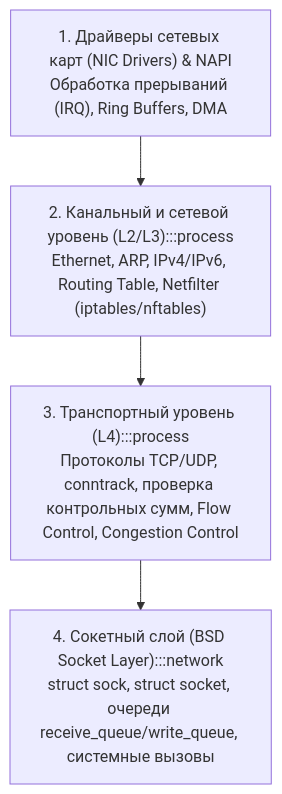
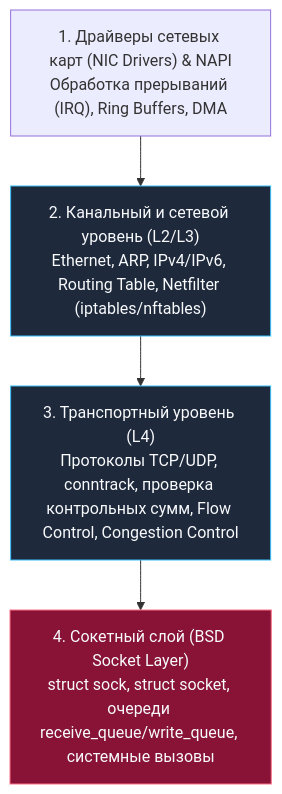
Before and after one commit to UnrealTemplier/go-textbook-ru: the second of 5 diagrams in sources/2. Устройство и работа ОС/47. Сетевая подсистема ОС.md, drawn with Mermaid. The commit also changed other lines of this file and 40 other files, not shown here.

First line of the commit message:
fix(mermaid): move :::class out of 48 quoted node labels

````diff
--- a/sources/2. Устройство и работа ОС/47. Сетевая подсистема ОС.md
+++ b/sources/2. Устройство и работа ОС/47. Сетевая подсистема ОС.md
@@ -65,23 +65,23 @@
 ```mermaid
 flowchart TD
     classDef process  fill:#1e293b,stroke:#38bdf8,stroke-width:1px,color:#f8fafc
     classDef success  fill:#064e3b,stroke:#34d399,stroke-width:1px,color:#f8fafc
     classDef error    fill:#7f1d1d,stroke:#f87171,stroke-width:1px,color:#f8fafc
     classDef warning  fill:#78350f,stroke:#fbbf24,stroke-width:1px,color:#f8fafc
     classDef entry    fill:#1e3a5f,stroke:#38bdf8,stroke-width:2px,color:#f8fafc
     classDef aux      fill:#334155,stroke:#64748b,stroke-width:1px,color:#f8fafc
     classDef system   fill:#312e81,stroke:#a78bfa,stroke-width:1px,color:#f8fafc
     classDef data     fill:#132d29,stroke:#2dd4bf,stroke-width:1px,color:#f8fafc
     classDef network  fill:#881337,stroke:#fb7185,stroke-width:1px,color:#f8fafc
     classDef accent   fill:#1e1b4b,stroke:#818cf8,stroke-width:1px,color:#f8fafc
     L1["1. Драйверы сетевых карт (NIC Drivers) & NAPI
 Обработка прерываний (IRQ), Ring Buffers, DMA"]
-    L2["2. Канальный и сетевой уровень (L2/L3):::process
-Ethernet, ARP, IPv4/IPv6, Routing Table, Netfilter (iptables/nftables)"]
-    L3["3. Транспортный уровень (L4):::process
-Протоколы TCP/UDP, conntrack, проверка контрольных сумм, Flow Control, Congestion Control"]
-    L4["4. Сокетный слой (BSD Socket Layer):::network
-struct sock, struct socket, очереди receive_queue/write_queue, системные вызовы"]
+    L2["2. Канальный и сетевой уровень (L2/L3)
+Ethernet, ARP, IPv4/IPv6, Routing Table, Netfilter (iptables/nftables)"]:::process
+    L3["3. Транспортный уровень (L4)
+Протоколы TCP/UDP, conntrack, проверка контрольных сумм, Flow Control, Congestion Control"]:::process
+    L4["4. Сокетный слой (BSD Socket Layer)
+struct sock, struct socket, очереди receive_queue/write_queue, системные вызовы"]:::network
     
     L1 --> L2 --> L3 --> L4
 ```
````
